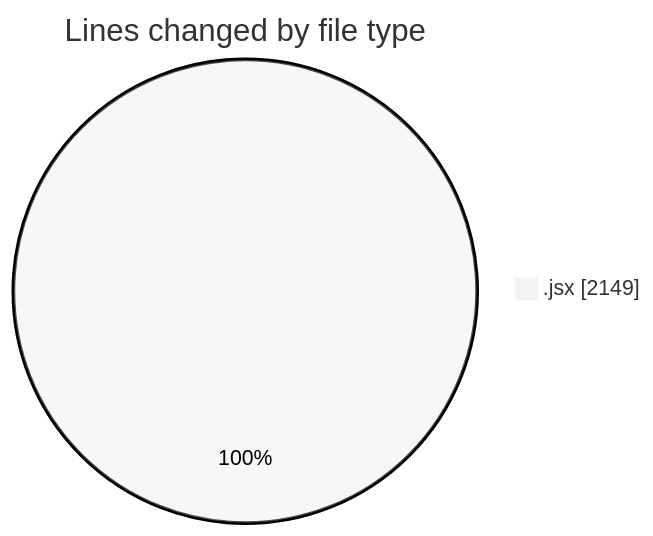
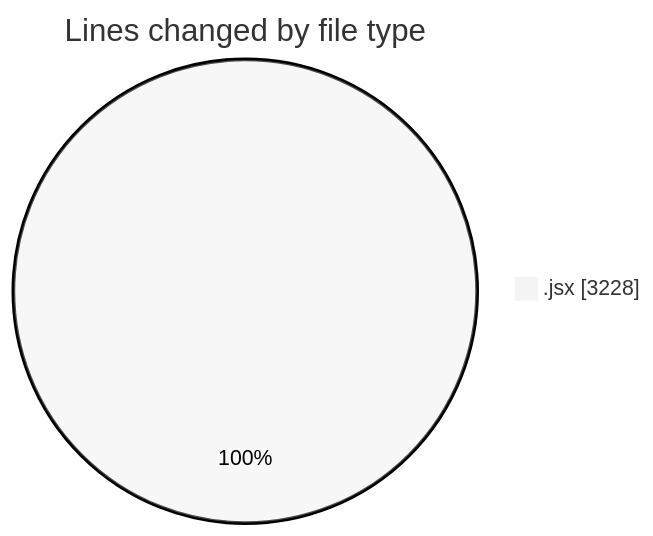
Before and after one commit to nxtqubesakshisongat/code-tracking: the first of 2 diagrams in 2025-07-04/argos/README.md, drawn with Mermaid (neutral theme). The commit also changed other lines of this file and 1 other file, not shown here.

````diff
--- a/2025-07-04/argos/README.md
+++ b/2025-07-04/argos/README.md
@@ -21,5 +22,5 @@
 ```mermaid
 pie showData
 title Lines changed by file type
-".jsx" : 2149
+".jsx" : 3228
 ```
````
